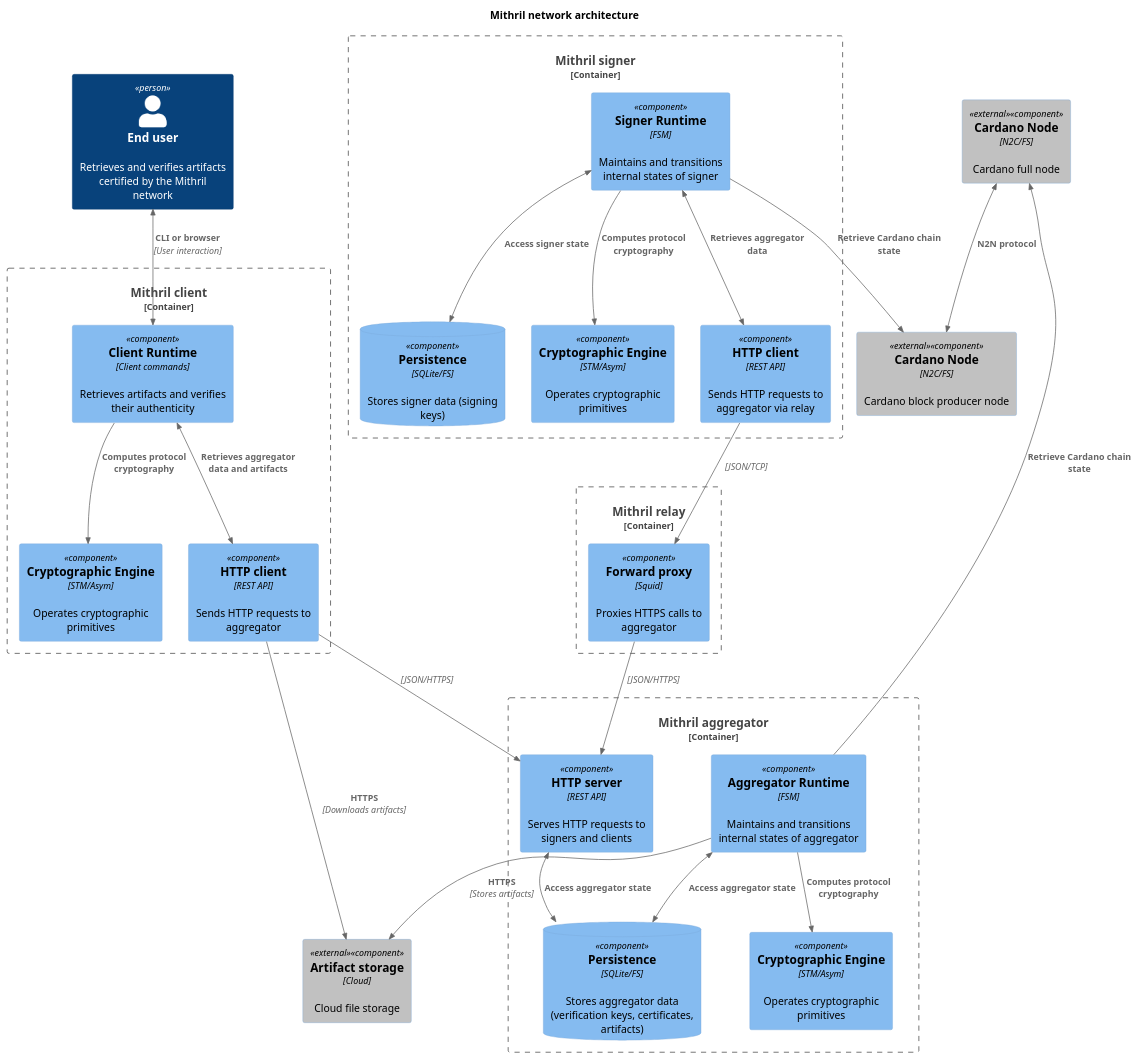
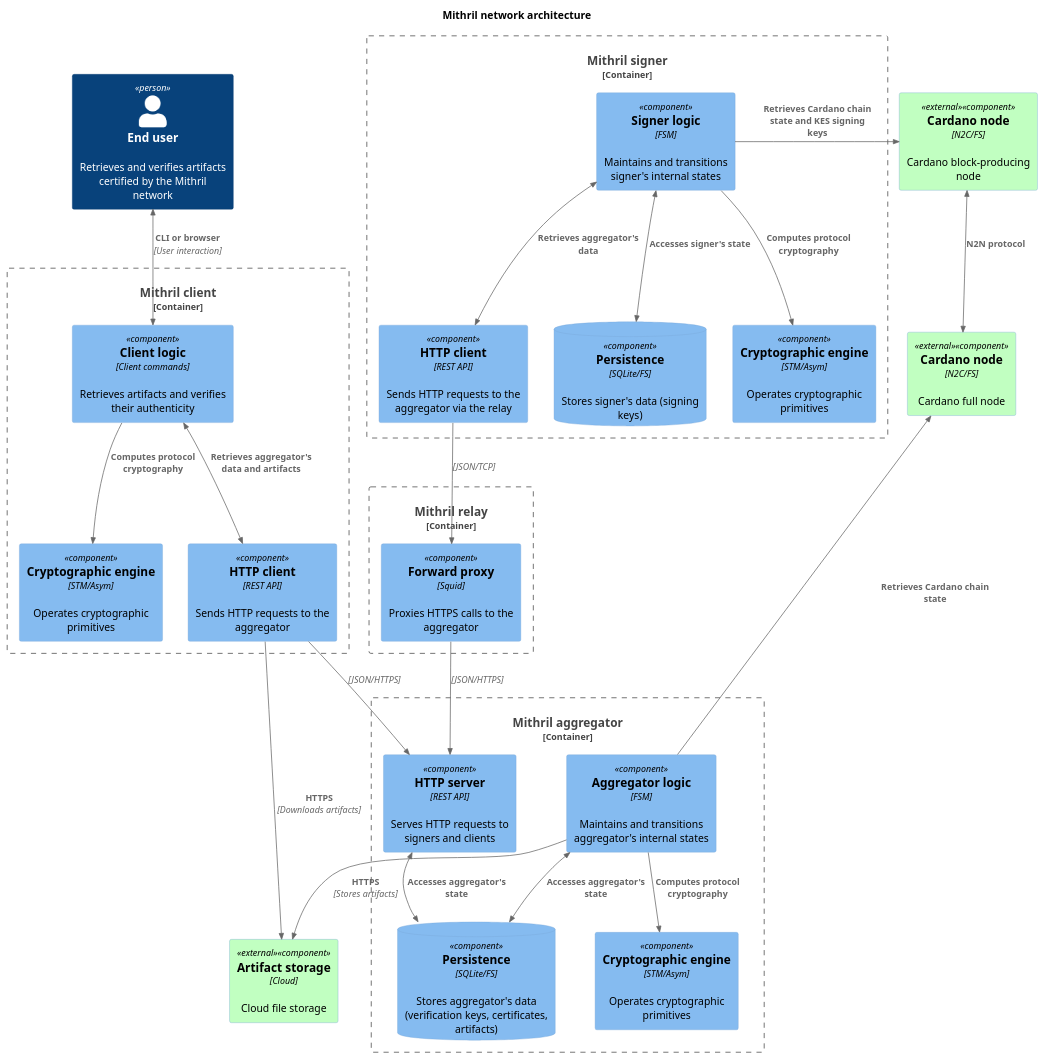
The diagram in docs/website/root/mithril/mithril-network/architecture-c4.puml (input-output-hk/mithril), drawn with PlantUML before and after one commit.

Commit message:
docs: apply review suggestions on architecture diagram

```diff
--- a/docs/website/root/mithril/mithril-network/architecture-c4.puml
+++ b/docs/website/root/mithril/mithril-network/architecture-c4.puml
@@ -1,58 +1,58 @@
 @startuml architecture
 title "Mithril network architecture"
 !include https://raw.githubusercontent.com/plantuml-stdlib/C4-PlantUML/master/C4_Component.puml
 
-AddElementTag("external", $bgColor="#c1c1c1")
+AddElementTag("external", $bgColor="#c1ffc1")
 
 Person(end_user, "End user", "Retrieves and verifies artifacts certified by the Mithril network")
 
 Container_Boundary(mithril_aggregator, "Mithril aggregator", $link="https://github.com/input-output-hk/mithril/tree/main/mithril-aggregator") {
-    Component(mithril_aggregator_runtime, "Aggregator Runtime", "FSM", "Maintains and transitions internal states of aggregator")
-    Component(mithril_aggregator_cryptographic_engine, "Cryptographic Engine", "STM/Asym", "Operates cryptographic primitives")
+    Component(mithril_aggregator_logic, "Aggregator logic", "FSM", "Maintains and transitions aggregator's internal states")
+    Component(mithril_aggregator_cryptographic_engine, "Cryptographic engine", "STM/Asym", "Operates cryptographic primitives")
     Component(mithril_aggregator_http_server, "HTTP server", "REST API", "Serves HTTP requests to signers and clients")
-    ComponentDb(mithril_aggregator_persistence, "Persistence", "SQLite/FS", "Stores aggregator data (verification keys, certificates, artifacts)")
+    ComponentDb(mithril_aggregator_persistence, "Persistence", "SQLite/FS", "Stores aggregator's data (verification keys, certificates, artifacts)")
     
-    Rel(mithril_aggregator_runtime, mithril_aggregator_cryptographic_engine, "Computes protocol cryptography")
-    BiRel(mithril_aggregator_runtime, mithril_aggregator_persistence, "Access aggregator state")
-    BiRel(mithril_aggregator_http_server, mithril_aggregator_persistence, "Access aggregator state")
+    Rel(mithril_aggregator_logic, mithril_aggregator_cryptographic_engine, "Computes protocol cryptography")
+    BiRel(mithril_aggregator_logic, mithril_aggregator_persistence, "Accesses aggregator's state")
+    BiRel(mithril_aggregator_http_server, mithril_aggregator_persistence, "Accesses aggregator's state")
 }
 
 Container_Boundary(mithril_signer, "Mithril signer", $link="https://github.com/input-output-hk/mithril/tree/main/mithril-signer") {
-    Component(mithril_signer_runtime, "Signer Runtime", "FSM", "Maintains and transitions internal states of signer")
-    Component(mithril_signer_cryptographic_engine, "Cryptographic Engine", "STM/Asym", "Operates cryptographic primitives")
-    Component(mithril_signer_http_client, "HTTP client", "REST API", "Sends HTTP requests to aggregator via relay")
-    ComponentDb(mithril_signer_persistence, "Persistence", "SQLite/FS", "Stores signer data (signing keys)")
+    Component(mithril_signer_logic, "Signer logic", "FSM", "Maintains and transitions signer's internal states ")
+    Component(mithril_signer_cryptographic_engine, "Cryptographic engine", "STM/Asym", "Operates cryptographic primitives")
+    Component(mithril_signer_http_client, "HTTP client", "REST API", "Sends HTTP requests to the aggregator via the relay")
+    ComponentDb(mithril_signer_persistence, "Persistence", "SQLite/FS", "Stores signer's data (signing keys)")
 
-    BiRel(mithril_signer_runtime, mithril_signer_http_client, "Retrieves aggregator data")
-    Rel(mithril_signer_runtime, mithril_signer_cryptographic_engine, "Computes protocol cryptography")
-    BiRel(mithril_signer_runtime, mithril_signer_persistence, "Access signer state")
+    BiRel(mithril_signer_logic, mithril_signer_http_client, "Retrieves aggregator's data")
+    Rel(mithril_signer_logic, mithril_signer_cryptographic_engine, "Computes protocol cryptography")
+    BiRel(mithril_signer_logic, mithril_signer_persistence, "Accesses signer's state")
 }
 
 Container_Boundary(mithril_relay, "Mithril relay") {
-    Component(mithril_relay_forward_proxy, "Forward proxy", "Squid", "Proxies HTTPS calls to aggregator")
+    Component(mithril_relay_forward_proxy, "Forward proxy", "Squid", "Proxies HTTPS calls to the aggregator")
 }
 
 Container_Boundary(mithril_client, "Mithril client", $link="https://github.com/input-output-hk/mithril/tree/main/mithril-client") {
-    Component(mithril_client_runtime, "Client Runtime", "Client commands", "Retrieves artifacts and verifies their authenticity")
-    Component(mithril_client_cryptographic_engine, "Cryptographic Engine", "STM/Asym", "Operates cryptographic primitives")
-    Component(mithril_client_http_client, "HTTP client", "REST API", "Sends HTTP requests to aggregator")
+    Component(mithril_client_logic, "Client logic", "Client commands", "Retrieves artifacts and verifies their authenticity")
+    Component(mithril_client_cryptographic_engine, "Cryptographic engine", "STM/Asym", "Operates cryptographic primitives")
+    Component(mithril_client_http_client, "HTTP client", "REST API", "Sends HTTP requests to the aggregator")
 
-    BiRel(end_user, mithril_client_runtime, "CLI or browser", "User interaction")
-    BiRel(mithril_client_runtime, mithril_client_http_client, "Retrieves aggregator data and artifacts")
-    Rel(mithril_client_runtime, mithril_client_cryptographic_engine, "Computes protocol cryptography")
+    BiRel(end_user, mithril_client_logic, "CLI or browser", "User interaction")
+    BiRel(mithril_client_logic, mithril_client_http_client, "Retrieves aggregator's data and artifacts")
+    Rel(mithril_client_logic, mithril_client_cryptographic_engine, "Computes protocol cryptography")
 }
 
 Rel(mithril_signer_http_client, mithril_relay_forward_proxy, "", "JSON/TCP")
 Rel(mithril_relay_forward_proxy, mithril_aggregator_http_server, "", "JSON/HTTPS")
 Rel(mithril_client_http_client, mithril_aggregator_http_server, "", "JSON/HTTPS")
 
-Component(mithril_aggregator_cardano_node, "Cardano Node", "N2C/FS", "Cardano full node", $tags="external")
-Rel_L(mithril_aggregator_runtime, mithril_aggregator_cardano_node, "Retrieve Cardano chain state")
-Component(mithril_signer_cardano_node, "Cardano Node", "N2C/FS", "Cardano block producer node", $tags="external")
-Rel(mithril_signer_runtime, mithril_signer_cardano_node, "Retrieve Cardano chain state")
-BiRel(mithril_aggregator_cardano_node, mithril_signer_cardano_node, "N2N protocol")
+Component(mithril_aggregator_cardano_node, "Cardano node", "N2C/FS", "Cardano full node", $tags="external")
+Rel_L(mithril_aggregator_logic, mithril_aggregator_cardano_node, "Retrieves Cardano chain state")
+Component(mithril_signer_cardano_node, "Cardano node", "N2C/FS", "Cardano block-producing node", $tags="external")
+Rel_R(mithril_signer_logic, mithril_signer_cardano_node, "Retrieves Cardano chain state and KES signing keys")
+BiRel(mithril_signer_cardano_node, mithril_aggregator_cardano_node, "N2N protocol")
 
 Component(mithril_artifact_storage, "Artifact storage", "Cloud", "Cloud file storage", $tags="external")
-Rel(mithril_aggregator_runtime, mithril_artifact_storage, "HTTPS", "Stores artifacts")
+Rel(mithril_aggregator_logic, mithril_artifact_storage, "HTTPS", "Stores artifacts")
 Rel(mithril_client_http_client, mithril_artifact_storage, "HTTPS", "Downloads artifacts")
 @enduml
```
